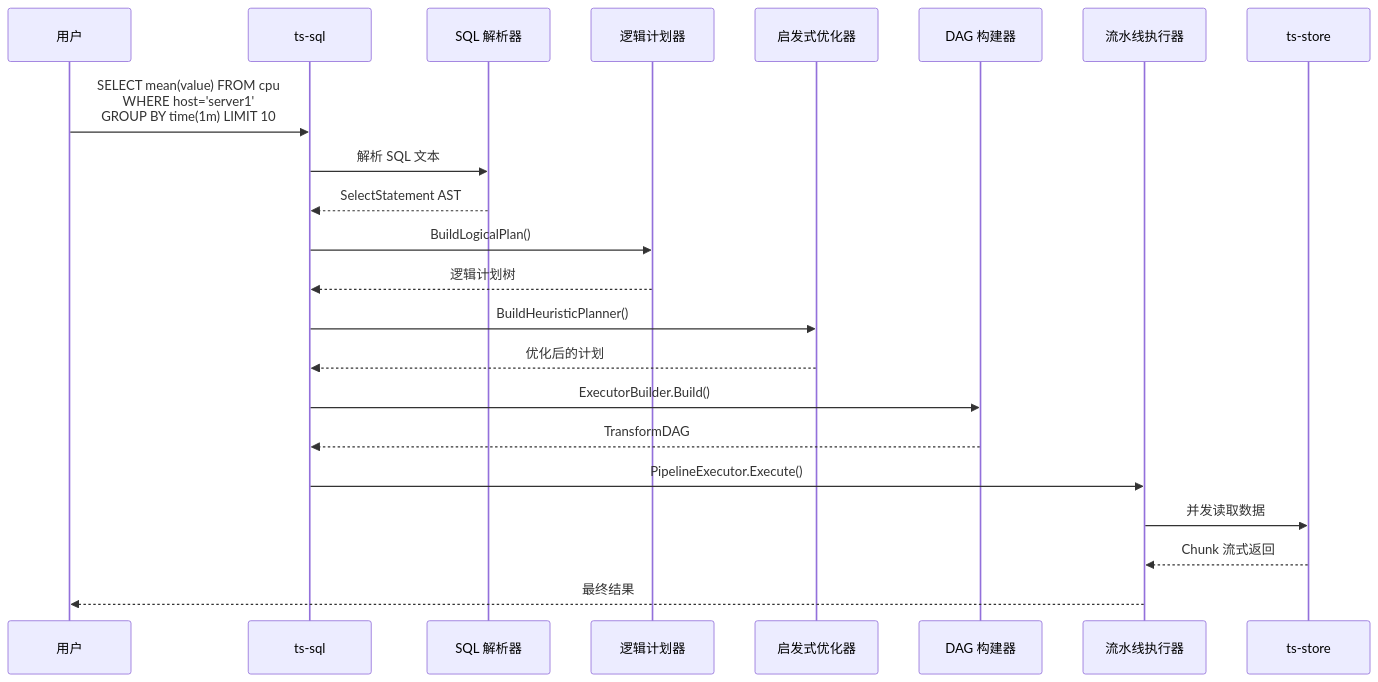
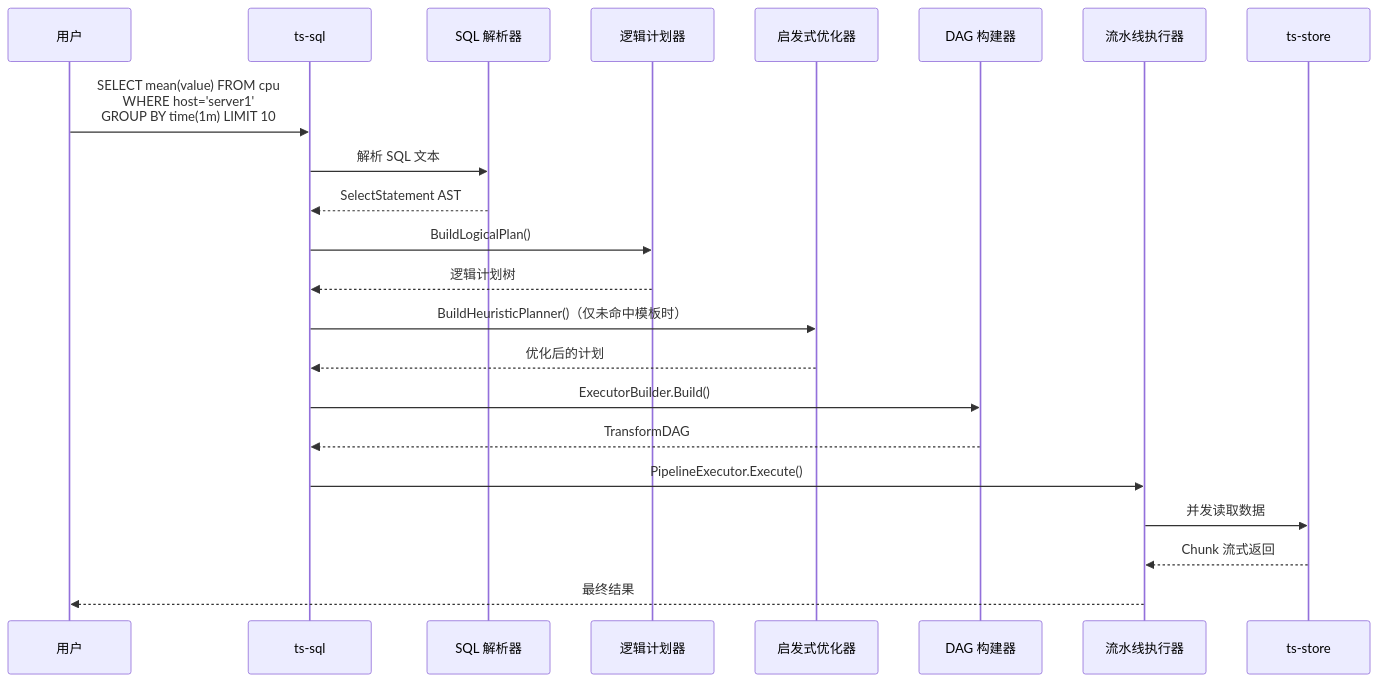
The first of 33 diagrams in docs/specs/03_query_engine_spec.md (stefanv5/openGemini), drawn with Mermaid before and after one commit. The commit also changed other lines of this file and 37 other files, not shown here.

````diff
--- a/docs/specs/03_query_engine_spec.md
+++ b/docs/specs/03_query_engine_spec.md
@@ -9,30 +11,30 @@
 ```mermaid
 sequenceDiagram
     participant User as 用户
     participant SQL as ts-sql
     participant Parser as SQL 解析器
     participant Planner as 逻辑计划器
     participant Optimizer as 启发式优化器
     participant Builder as DAG 构建器
     participant Executor as 流水线执行器
     participant Store as ts-store
 
     User->>SQL: SELECT mean(value) FROM cpu<br/>WHERE host='server1'<br/>GROUP BY time(1m) LIMIT 10
 
     SQL->>Parser: 解析 SQL 文本
     Parser-->>SQL: SelectStatement AST
 
     SQL->>Planner: BuildLogicalPlan()
     Planner-->>SQL: 逻辑计划树
 
-    SQL->>Optimizer: BuildHeuristicPlanner()
+    SQL->>Optimizer: BuildHeuristicPlanner()（仅未命中模板时）
     Optimizer-->>SQL: 优化后的计划
 
     SQL->>Builder: ExecutorBuilder.Build()
     Builder-->>SQL: TransformDAG
 
     SQL->>Executor: PipelineExecutor.Execute()
     Executor->>Store: 并发读取数据
     Store-->>Executor: Chunk 流式返回
     Executor-->>User: 最终结果
 ```
````
